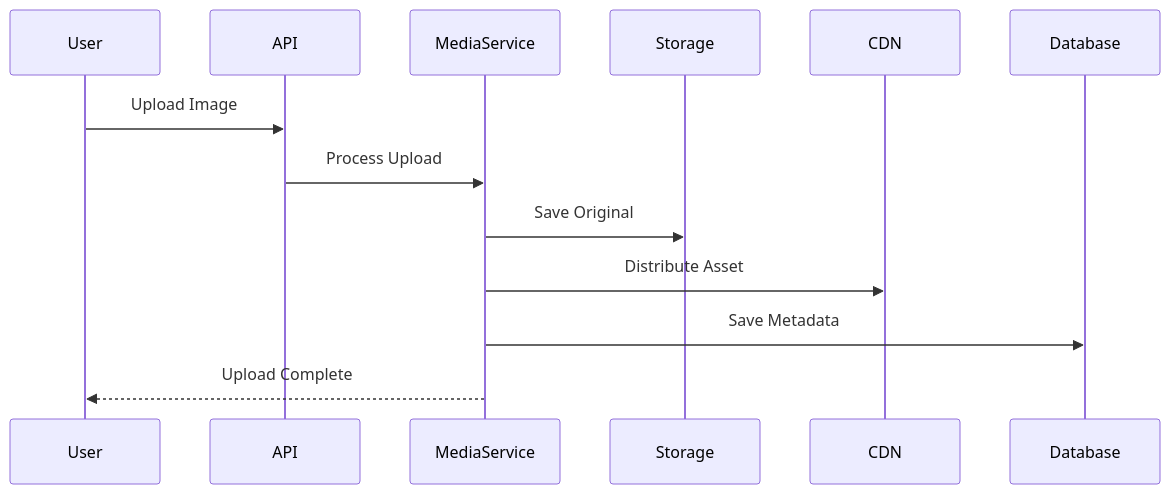
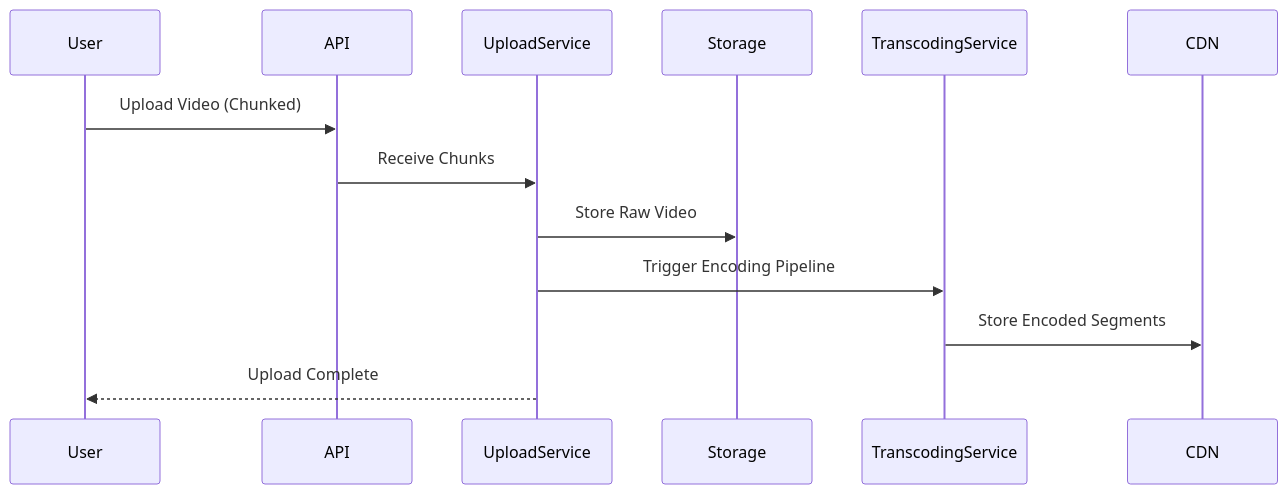
One commit to amarupd/developer-portfolio changed the second of 6 diagrams in docs/09-system-design/design-youtube.md. Above: the diagram before and after it, drawn with Mermaid. The commit also changed other lines of this file, not shown here.

````diff
--- a/docs/09-system-design/design-youtube.md
+++ b/docs/09-system-design/design-youtube.md
@@ -146,15 +155,15 @@
-```mermaid
+```mermaid id="yt_upload_flow"
 sequenceDiagram
 
-    User->>API: Upload Image
+    User->>API: Upload Video (Chunked)
 
-    API->>MediaService: Process Upload
+    API->>UploadService: Receive Chunks
 
-    MediaService->>Storage: Save Original
+    UploadService->>Storage: Store Raw Video
 
-    MediaService->>CDN: Distribute Asset
+    UploadService->>TranscodingService: Trigger Encoding Pipeline
 
-    MediaService->>Database: Save Metadata
+    TranscodingService->>CDN: Store Encoded Segments
 
-    MediaService-->>User: Upload Complete
+    UploadService-->>User: Upload Complete
 ```
````
